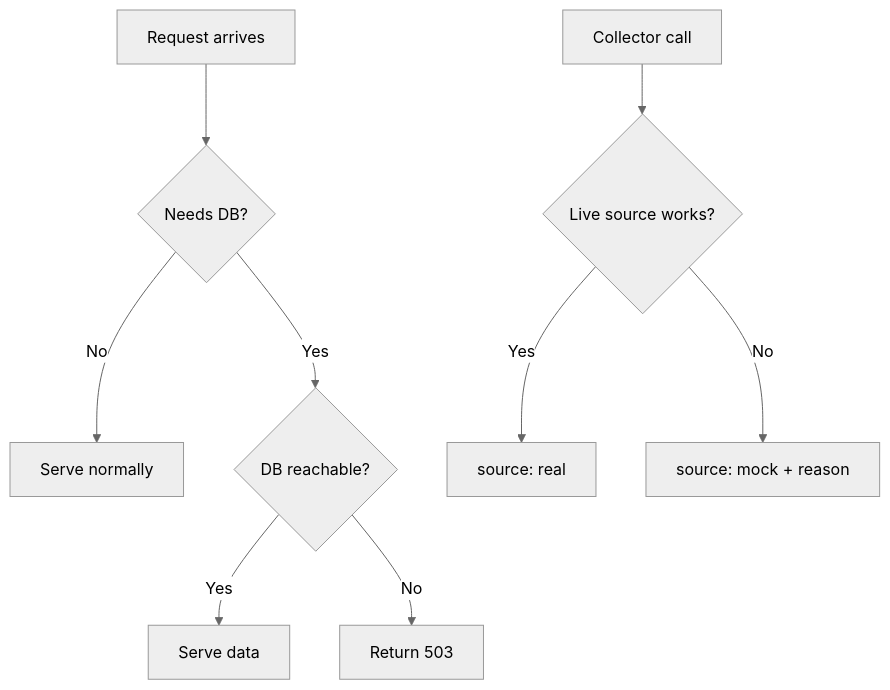
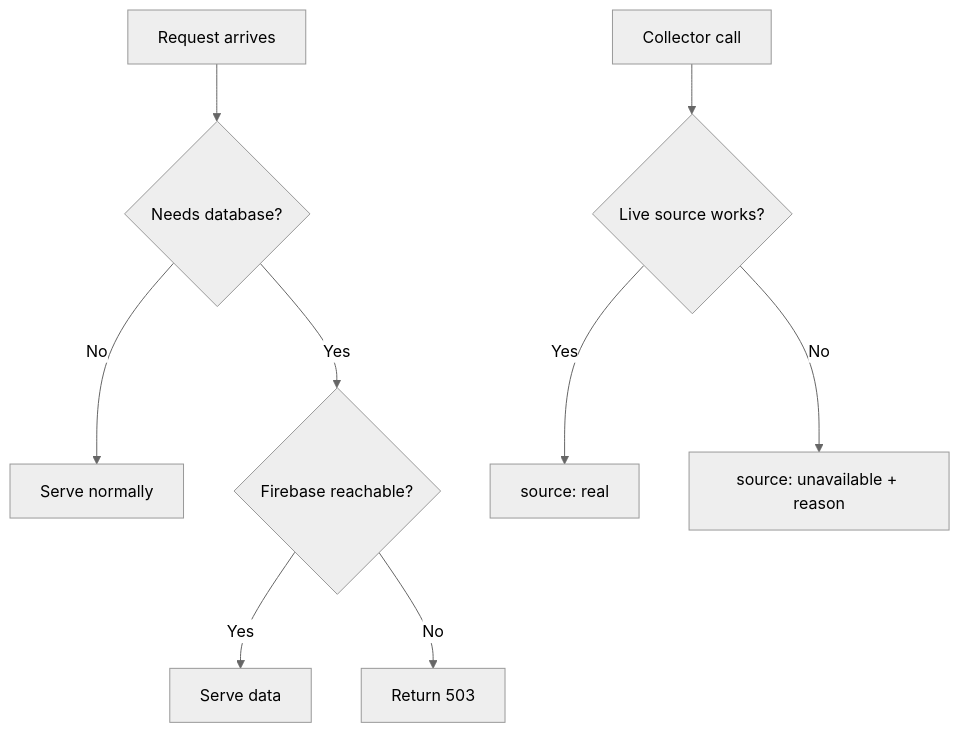
The sixth of 6 diagrams in docs/BLUEPRINT.md (mr-simab/ReconVault), drawn with Mermaid (neutral theme) before and after one commit. The commit also changed other lines of this file and 75 other files, not shown here.

````diff
--- a/docs/BLUEPRINT.md
+++ b/docs/BLUEPRINT.md
@@ -61,11 +120,11 @@
 ```mermaid
 flowchart TD
-    A[Request arrives] --> B{Needs DB?}
+    A[Request arrives] --> B{Needs database?}
     B -- No --> C[Serve normally]
-    B -- Yes --> D{DB reachable?}
+    B -- Yes --> D{Firebase reachable?}
     D -- Yes --> E[Serve data]
     D -- No --> F[Return 503]
     G[Collector call] --> H{Live source works?}
     H -- Yes --> I[source: real]
-    H -- No --> J[source: mock + reason]
+    H -- No --> J[source: unavailable + reason]
 ```
````
